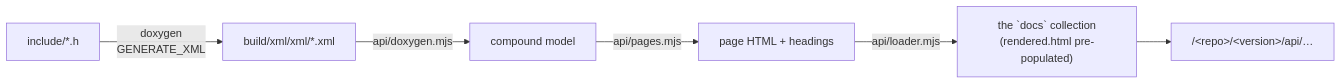
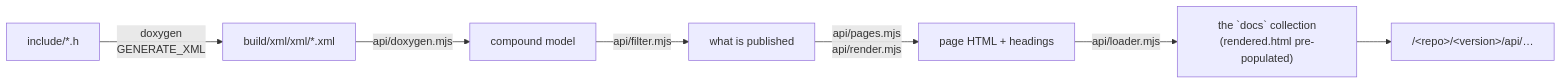
The second of 2 diagrams in docs/documentation-pipeline.mdx (liara-engine/docs-shared), drawn with Mermaid before and after one commit. The commit also changed other lines of this file and 17 other files, not shown here.

````diff
--- a/docs/documentation-pipeline.mdx
+++ b/docs/documentation-pipeline.mdx
@@ -197,8 +197,9 @@
 ```mermaid
 flowchart LR
     H["include/*.h"] -->|"doxygen<br/>GENERATE_XML"| X["build/xml/xml/*.xml"]
     X -->|"api/doxygen.mjs"| M["compound model"]
-    M -->|"api/pages.mjs"| P["page HTML + headings"]
+    M -->|"api/filter.mjs"| F["what is published"]
+    F -->|"api/pages.mjs<br/>api/render.mjs"| P["page HTML + headings"]
     P -->|"api/loader.mjs"| S["the `docs` collection<br/>(rendered.html pre-populated)"]
     S --> R["/&lt;repo&gt;/&lt;version&gt;/api/…"]
 ```
````
